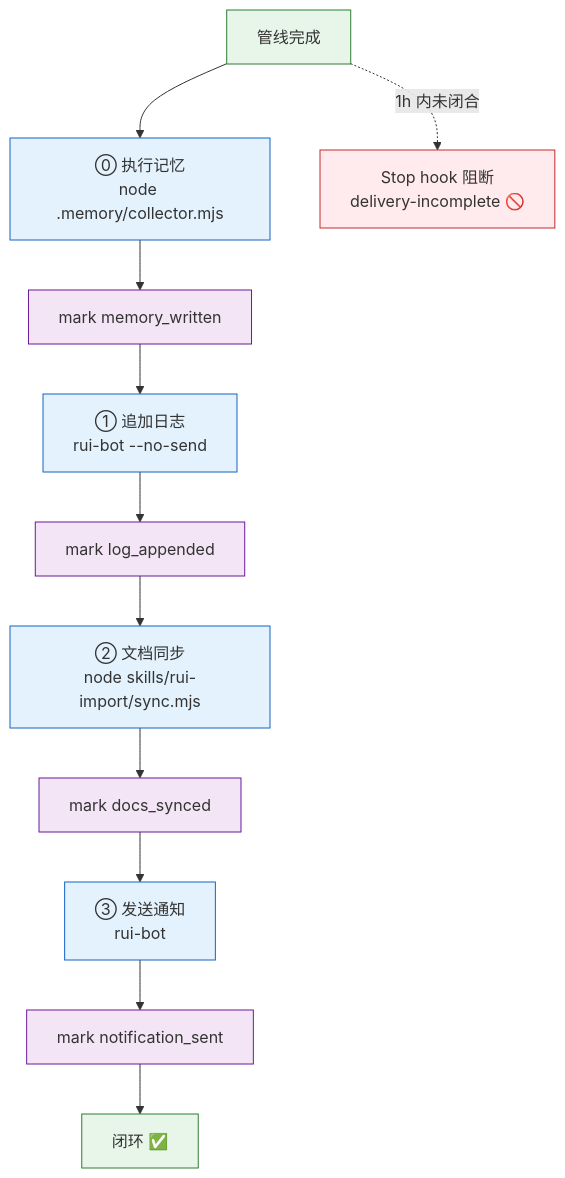
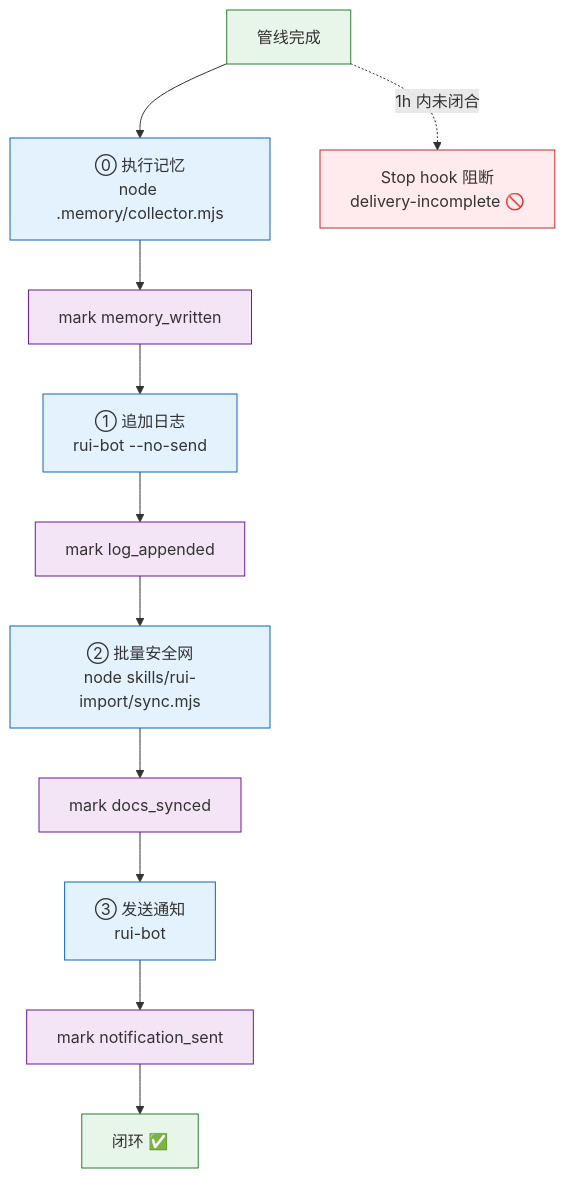
The first of 10 diagrams in rules/delivery-gate.md (effiy/YrY), drawn with Mermaid before and after one commit. The commit also changed other lines of this file and 3 other files, not shown here.

First line of the commit message:
feat: add per-document auto-import mechanism with import-doc.mjs helper

````diff
--- a/rules/delivery-gate.md
+++ b/rules/delivery-gate.md
@@ -31,20 +31,20 @@
 ```mermaid
 flowchart TB
     DONE["管线完成"]:::src --> S0["⓪ 执行记忆<br/>node .memory/collector.mjs"]:::step
     S0 --> M0["mark memory_written"]:::mark
     M0 --> S1["① 追加日志<br/>rui-bot --no-send"]:::step
     S1 --> M1["mark log_appended"]:::mark
-    M1 --> S2["② 文档同步<br/>node skills/rui-import/sync.mjs"]:::step
+    M1 --> S2["② 批量安全网<br/>node skills/rui-import/sync.mjs"]:::step
     S2 --> M2["mark docs_synced"]:::mark
     M2 --> S3["③ 发送通知<br/>rui-bot"]:::step
     S3 --> M3["mark notification_sent"]:::mark
     M3 --> CLOSED["闭环 ✅"]:::done
 
     DONE -.->|"1h 内未闭合"| STOP["Stop hook 阻断<br/>delivery-incomplete 🚫"]:::block
 
     classDef src fill:#e8f5e9,stroke:#2e7d32;
     classDef step fill:#e3f2fd,stroke:#1565c0;
     classDef mark fill:#f3e5f5,stroke:#6a1b9a;
     classDef done fill:#e8f5e9,stroke:#2e7d32;
     classDef block fill:#ffebee,stroke:#c62828;
 ```
````
